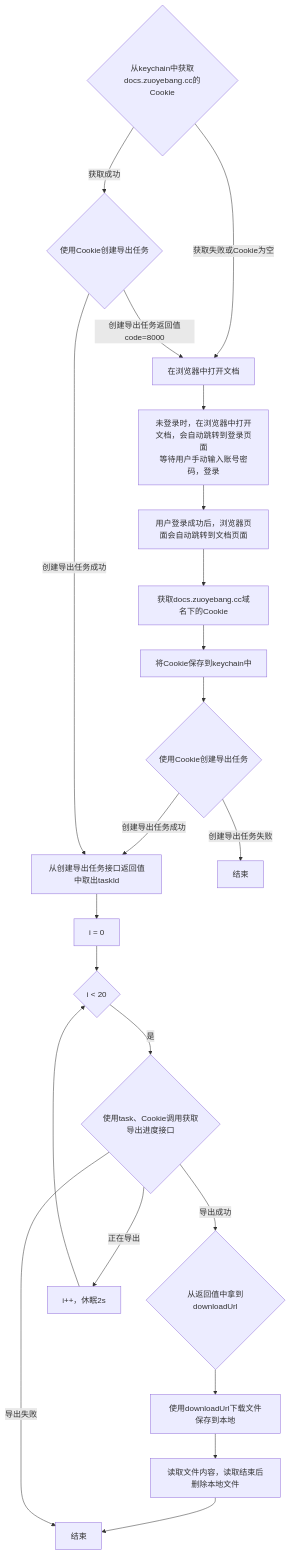
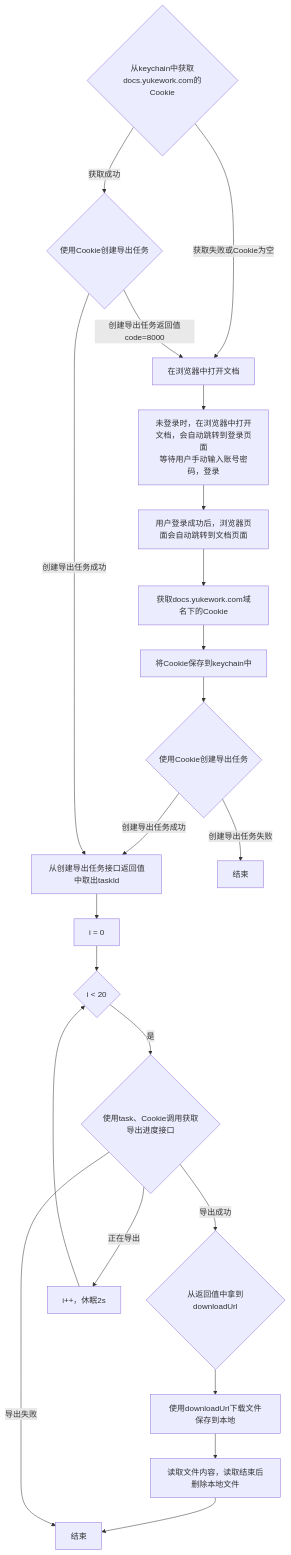
One commit to shouhutianshi/fe-gen2template changed the diagram in skills/fast-to-template/references/skills/kit-zyb-docs/references/workflow_diagram.md. Above: the diagram before and after it, drawn with Mermaid. The commit also changed other lines of this file and 11 other files, not shown here.

````diff
--- a/skills/fast-to-template/references/skills/kit-zyb-docs/references/workflow_diagram.md
+++ b/skills/fast-to-template/references/skills/kit-zyb-docs/references/workflow_diagram.md
@@ -5,24 +5,24 @@
 ```mermaid
 graph TD
-    A{从keychain中获取docs.zuoyebang.cc的Cookie} --> |获取成功| C{使用Cookie创建导出任务}
+    A{从keychain中获取docs.yukework.com的Cookie} --> |获取成功| C{使用Cookie创建导出任务}
     A --> |获取失败或Cookie为空| D[在浏览器中打开文档]
     C --> |创建导出任务返回值code=8000| D
     D --> F[未登录时，在浏览器中打开文档，会自动跳转到登录页面<br>等待用户手动输入账号密码，登录]
     F --> H[用户登录成功后，浏览器页面会自动跳转到文档页面]
-    H --> I[获取docs.zuoyebang.cc域名下的Cookie]
+    H --> I[获取docs.yukework.com域名下的Cookie]
     I --> J[将Cookie保存到keychain中]
     J --> K{使用Cookie创建导出任务}
     K --> |创建导出任务成功| L[从创建导出任务接口返回值中取出taskId]
     K --> |创建导出任务失败| M[结束]
     C --> |创建导出任务成功| L
     L --> N[i = 0]
     N --> O{i < 20}
     O --> |是| P{使用task、Cookie调用获取导出进度接口}
     P --> |导出成功| Q{从返回值中拿到downloadUrl}
     Q --> R[使用downloadUrl下载文件保存到本地]
     R --> S[读取文件内容，读取结束后删除本地文件]
     S --> T[结束]
     P --> |正在导出| U[i++，休眠2s]
     U --> O
     P --> |导出失败| T
 ```
````
